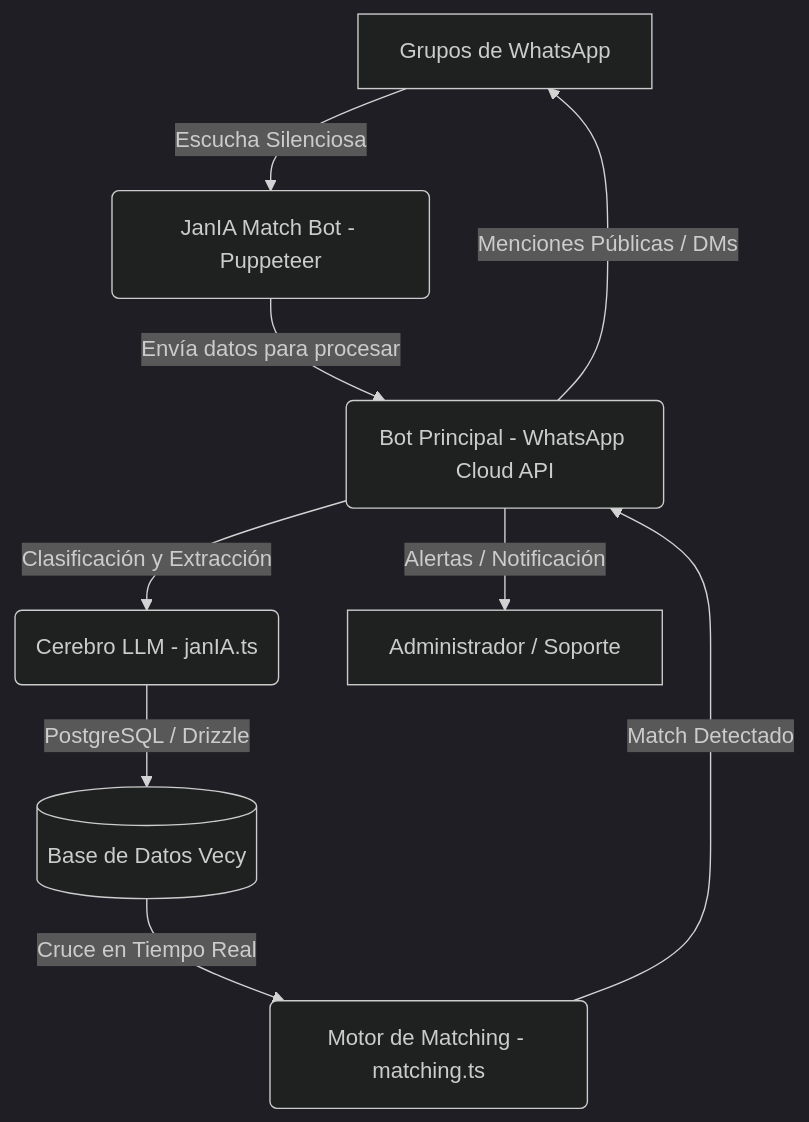
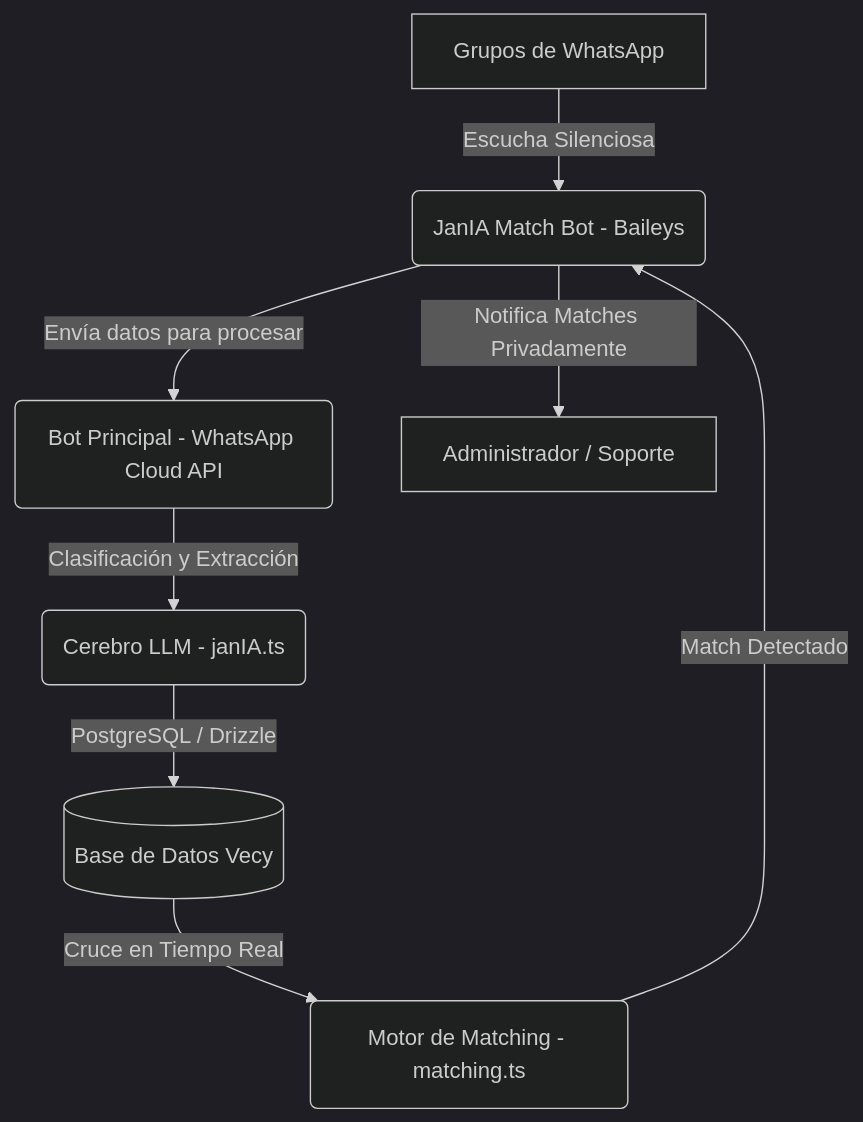
The diagram in JANIA_ARCHITECTURE.md (Vecy-Bienes-Raices/vecy-network), drawn with Mermaid (dark theme) before and after one commit. The commit also changed other lines of this file and 10 other files, not shown here.

````diff
--- a/JANIA_ARCHITECTURE.md
+++ b/JANIA_ARCHITECTURE.md
@@ -14,11 +14,10 @@
 ```mermaid
 graph TD
-    A[Grupos de WhatsApp] -->|Escucha Silenciosa| B(JanIA Match Bot - Puppeteer)
+    A[Grupos de WhatsApp] -->|Escucha Silenciosa| B(JanIA Match Bot - Baileys)
     B -->|Envía datos para procesar| C(Bot Principal - WhatsApp Cloud API)
+    B -->|Notifica Matches Privadamente| G[Administrador / Soporte]
     C -->|Clasificación y Extracción| D(Cerebro LLM - janIA.ts)
     D -->|PostgreSQL / Drizzle| E[(Base de Datos Vecy)]
     E -->|Cruce en Tiempo Real| F(Motor de Matching - matching.ts)
-    F -->|Match Detectado| C
-    C -->|Menciones Públicas / DMs| A
-    C -->|Alertas / Notificación| G[Administrador / Soporte]
+    F -->|Match Detectado| B
 ```
````
